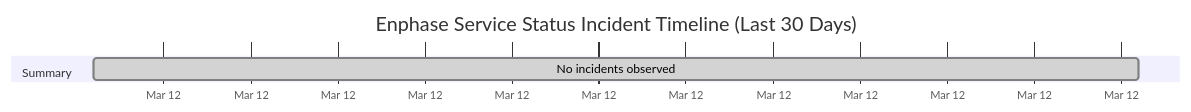
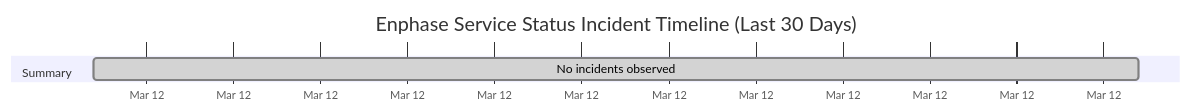
The diagram in wiki/Service-Status-History.md (barneyonline/ha-enphase-ev-charger), drawn with Mermaid before and after one commit. The commit also changed other lines of this file and 3 other files, not shown here.

````diff
--- a/wiki/Service-Status-History.md
+++ b/wiki/Service-Status-History.md
@@ -14,8 +14,8 @@
 ```mermaid
 gantt
     title Enphase Service Status Incident Timeline (Last 30 Days)
     dateFormat  YYYY-MM-DDTHH:mm:ss
     axisFormat  %b %d
     section Summary
-    No incidents observed :done, 2026-03-12T05:43:26, 1m
+    No incidents observed :done, 2026-03-12T06:41:47, 1m
 ```
````
